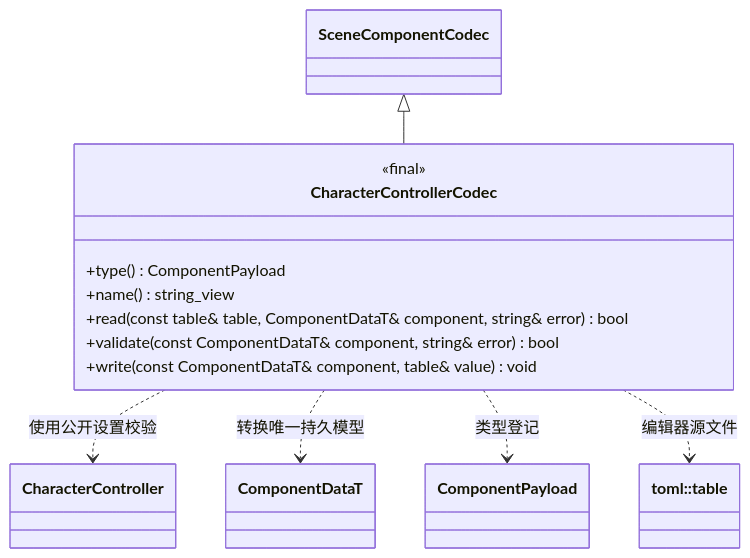
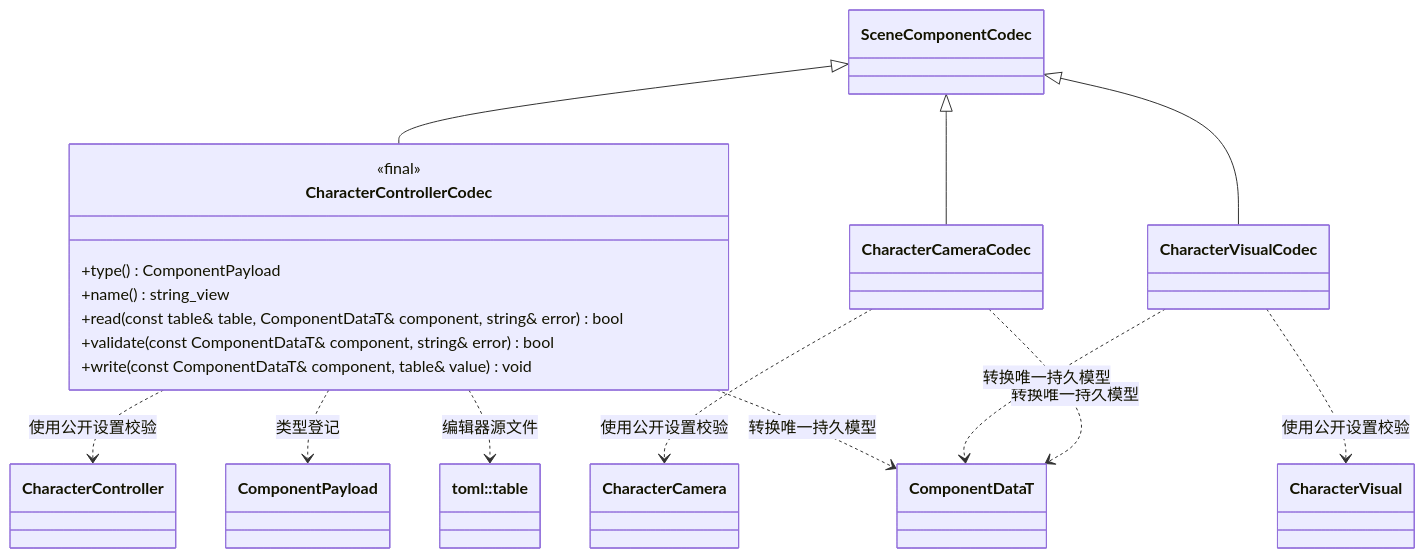
The diagram in docs/plugins/editor/class-diagrams/character-controller.md (lcals/Engine), drawn with Mermaid before and after one commit. The commit also changed other lines of this file and 65 other files, not shown here.

````diff
--- a/docs/plugins/editor/class-diagrams/character-controller.md
+++ b/docs/plugins/editor/class-diagrams/character-controller.md
@@ -5,21 +5,31 @@
 ```mermaid
 classDiagram
     class CharacterControllerCodec {
         <<final>>
         +type() ComponentPayload
         +name() string_view
         +read(const table& table, ComponentDataT& component, string& error) bool
         +validate(const ComponentDataT& component, string& error) bool
         +write(const ComponentDataT& component, table& value) void
     }
     class SceneComponentCodec
+    class CharacterCameraCodec
+    class CharacterVisualCodec
     class CharacterController
+    class CharacterCamera
+    class CharacterVisual
     class ComponentDataT
     class ComponentPayload
     class TomlTable["toml::table"]
     SceneComponentCodec <|-- CharacterControllerCodec
+    SceneComponentCodec <|-- CharacterCameraCodec
+    SceneComponentCodec <|-- CharacterVisualCodec
+    CharacterCameraCodec ..> CharacterCamera : 使用公开设置校验
+    CharacterVisualCodec ..> CharacterVisual : 使用公开设置校验
+    CharacterCameraCodec ..> ComponentDataT : 转换唯一持久模型
+    CharacterVisualCodec ..> ComponentDataT : 转换唯一持久模型
     CharacterControllerCodec ..> CharacterController : 使用公开设置校验
     CharacterControllerCodec ..> ComponentDataT : 转换唯一持久模型
     CharacterControllerCodec ..> ComponentPayload : 类型登记
     CharacterControllerCodec ..> TomlTable : 编辑器源文件
 ```
````
